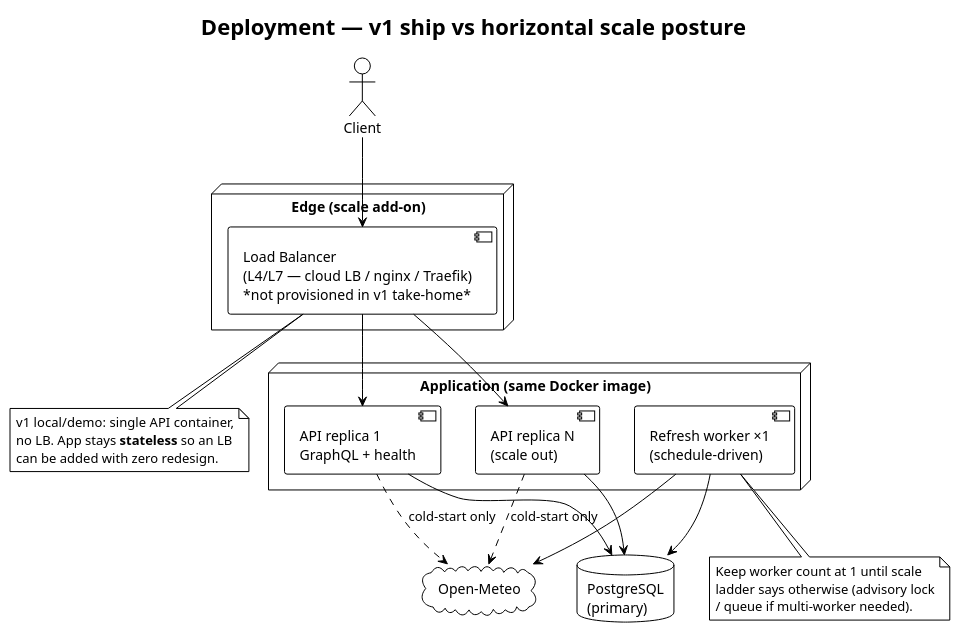
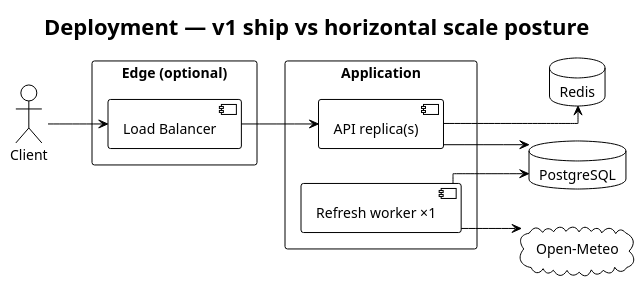
Before and after one commit to Takadza/weather-activity-ranking-service: the diagram in docs/diagrams/02-deployment.puml, drawn with PlantUML. The commit also changed 30 other files, not shown here.

```diff
--- a/docs/diagrams/02-deployment.puml
+++ b/docs/diagrams/02-deployment.puml
@@ -1,43 +1,27 @@
 @startuml 02-deployment
+' Presentation artifact: docs/diagrams/02-deployment.svg (hand-authored for GitHub).
 !theme plain
+skinparam linetype ortho
+left to right direction
 title Deployment — v1 ship vs horizontal scale posture
 
 actor Client
-
-node "Edge (scale add-on)" {
-  component "Load Balancer\n(L4/L7 — cloud LB / nginx / Traefik)\n*not provisioned in v1 take-home*" as LB
+rectangle "Edge (optional)" {
+  component "Load Balancer" as LB
 }
-
-node "Application (same Docker image)" {
-  component "API replica 1\nGraphQL + health" as API1
-  component "API replica N\n(scale out)" as APIN
-  component "Refresh worker ×1\n(schedule-driven)" as Worker
+rectangle "Application" {
+  component "API replica(s)" as API
+  component "Refresh worker ×1" as Worker
 }
-
-database "PostgreSQL\n(primary)" as PG
-
+database "PostgreSQL" as PG
+database "Redis" as RD
 cloud "Open-Meteo" as OM
 
 Client --> LB
-LB --> API1
-LB --> APIN
-API1 --> PG
-APIN --> PG
+LB --> API
+API --> PG
+API --> RD
 Worker --> PG
 Worker --> OM
-API1 ..> OM : cold-start only
-APIN ..> OM : cold-start only
-
-note bottom of LB
-  v1 local/demo: single API container,
-  no LB. App stays **stateless** so an LB
-  can be added with zero redesign.
-end note
-
-note bottom of Worker
-  Keep worker count at 1 until scale
-  ladder says otherwise (advisory lock
-  / queue if multi-worker needed).
-end note
 
 @enduml
```
